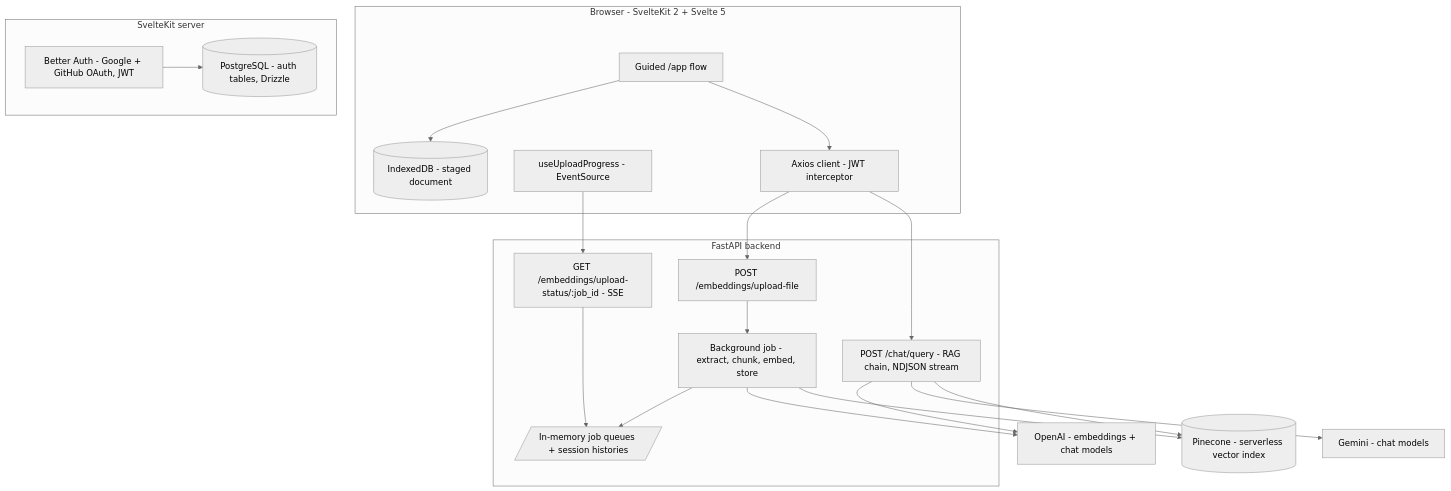
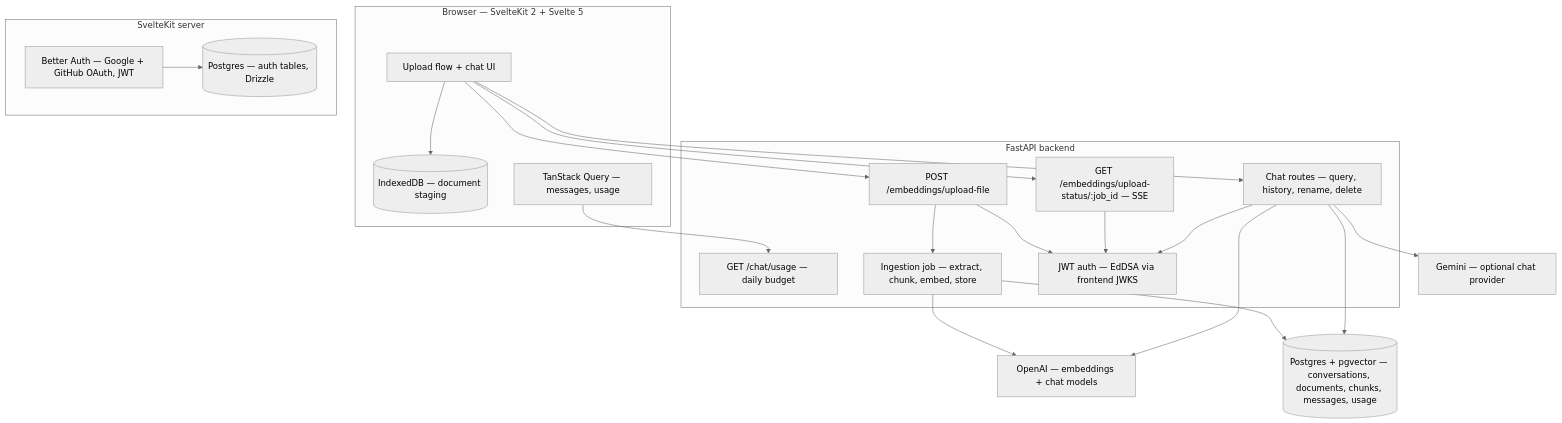
One commit to Cypher012/Pyrags changed the second of 2 diagrams in README.md. Above: the diagram before and after it, drawn with Mermaid (neutral theme). The commit also changed other lines of this file and 96 other files, not shown here.

First line of the commit message:
feat: build persistent document chat and redesign Pyrags UI

````diff
--- a/README.md
+++ b/README.md
@@ -116,41 +85,42 @@
 ```mermaid
 flowchart TD
-    subgraph browser["Browser - SvelteKit 2 + Svelte 5"]
-        page["Guided /app flow"]
-        idb[("IndexedDB - staged document")]
-        sseHook["useUploadProgress - EventSource"]
-        apiClient["Axios client - JWT interceptor"]
+    subgraph browser["Browser — SvelteKit 2 + Svelte 5"]
+        page["Upload flow + chat UI"]
+        idb[("IndexedDB — document staging")]
+        query["TanStack Query — messages, usage"]
     end
 
     subgraph web["SvelteKit server"]
-        auth["Better Auth - Google + GitHub OAuth, JWT"]
-        pg[("PostgreSQL - auth tables, Drizzle")]
+        auth["Better Auth — Google + GitHub OAuth, JWT"]
+        authdb[("Postgres — auth tables, Drizzle")]
     end
 
     subgraph api["FastAPI backend"]
         upload["POST /embeddings/upload-file"]
-        job["Background job - extract, chunk, embed, store"]
-        sse["GET /embeddings/upload-status/:job_id - SSE"]
-        chat["POST /chat/query - RAG chain, NDJSON stream"]
-        state[/"In-memory job queues + session histories"/]
+        sse["GET /embeddings/upload-status/:job_id — SSE"]
+        chat["Chat routes — query, history, rename, delete"]
+        usage["GET /chat/usage — daily budget"]
+        pipeline["Ingestion job — extract, chunk, embed, store"]
+        guard["JWT auth — EdDSA via frontend JWKS"]
     end
 
-    openai["OpenAI - embeddings + chat models"]
-    gemini["Gemini - chat models"]
-    pinecone[("Pinecone - serverless vector index")]
+    db[("Postgres + pgvector — conversations, documents, chunks, messages, usage")]
+    openai["OpenAI — embeddings + chat models"]
+    gemini["Gemini — optional chat provider"]
 
     page --> idb
-    page --> apiClient
-    apiClient --> upload
-    apiClient --> chat
-    sseHook --> sse
-    upload --> job
-    job --> state
-    job --> openai
-    job --> pinecone
-    sse --> state
+    page --> upload
+    page --> sse
+    page --> chat
+    query --> usage
+    upload --> pipeline
+    pipeline --> openai
+    pipeline --> db
+    chat --> db
     chat --> openai
     chat --> gemini
-    chat --> pinecone
-    auth --> pg
+    upload --> guard
+    sse --> guard
+    chat --> guard
+    auth --> authdb
 ```
````
